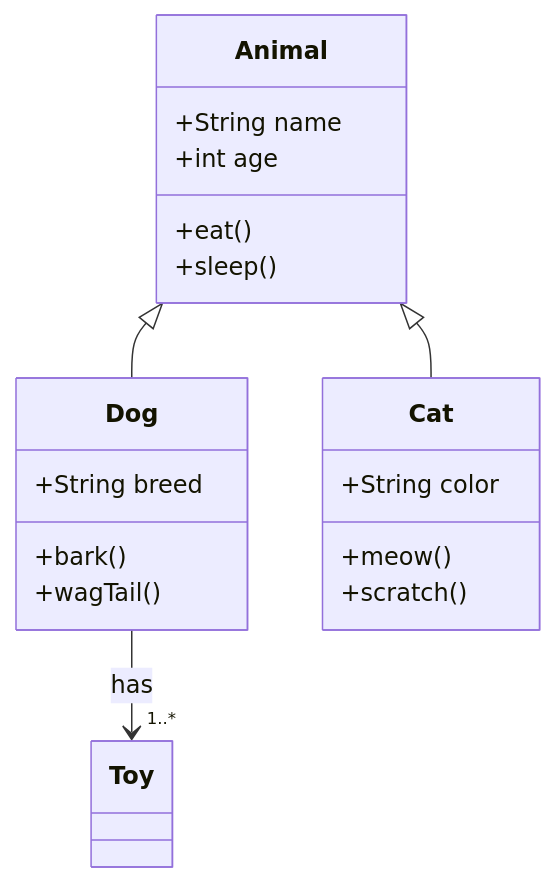
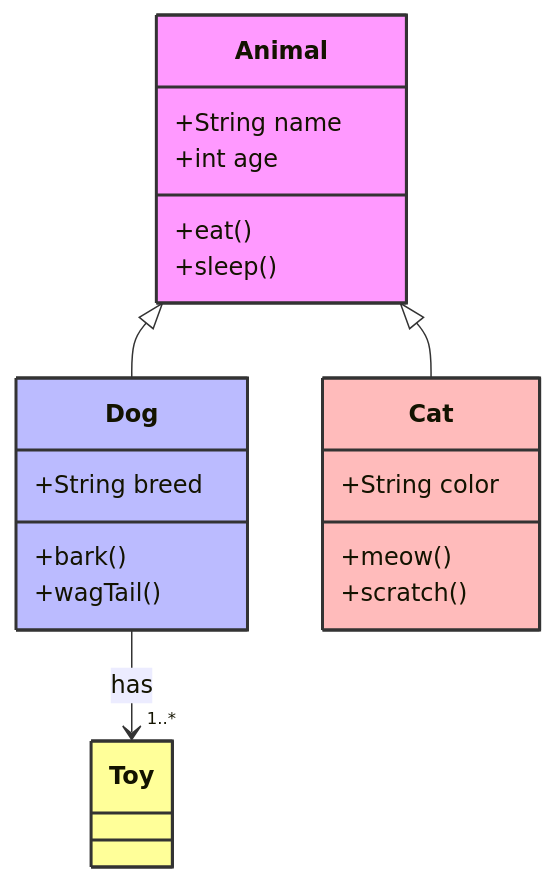
The fourth of 13 diagrams in example.md (dawsh2/zed-mermaid-preview), drawn with Mermaid before and after one commit. The commit also changed other lines of this file, not shown here.

Commit message:
Add colors to example diagrams for better visual appeal

````diff
--- a/example.md
+++ b/example.md
@@ -49,22 +60,27 @@
 ```mermaid
 classDiagram
     class Animal {
         +String name
         +int age
         +eat()
         +sleep()
     }
     class Dog {
         +String breed
         +bark()
         +wagTail()
     }
     class Cat {
         +String color
         +meow()
         +scratch()
     }
     Animal <|-- Dog
     Animal <|-- Cat
     Dog --> "1..*" Toy : has
+
+    style Animal fill:#f9f,stroke:#333,stroke-width:2px
+    style Dog fill:#bbf,stroke:#333,stroke-width:2px
+    style Cat fill:#fbb,stroke:#333,stroke-width:2px
+    style Toy fill:#ff9,stroke:#333,stroke-width:2px
 ```
````
